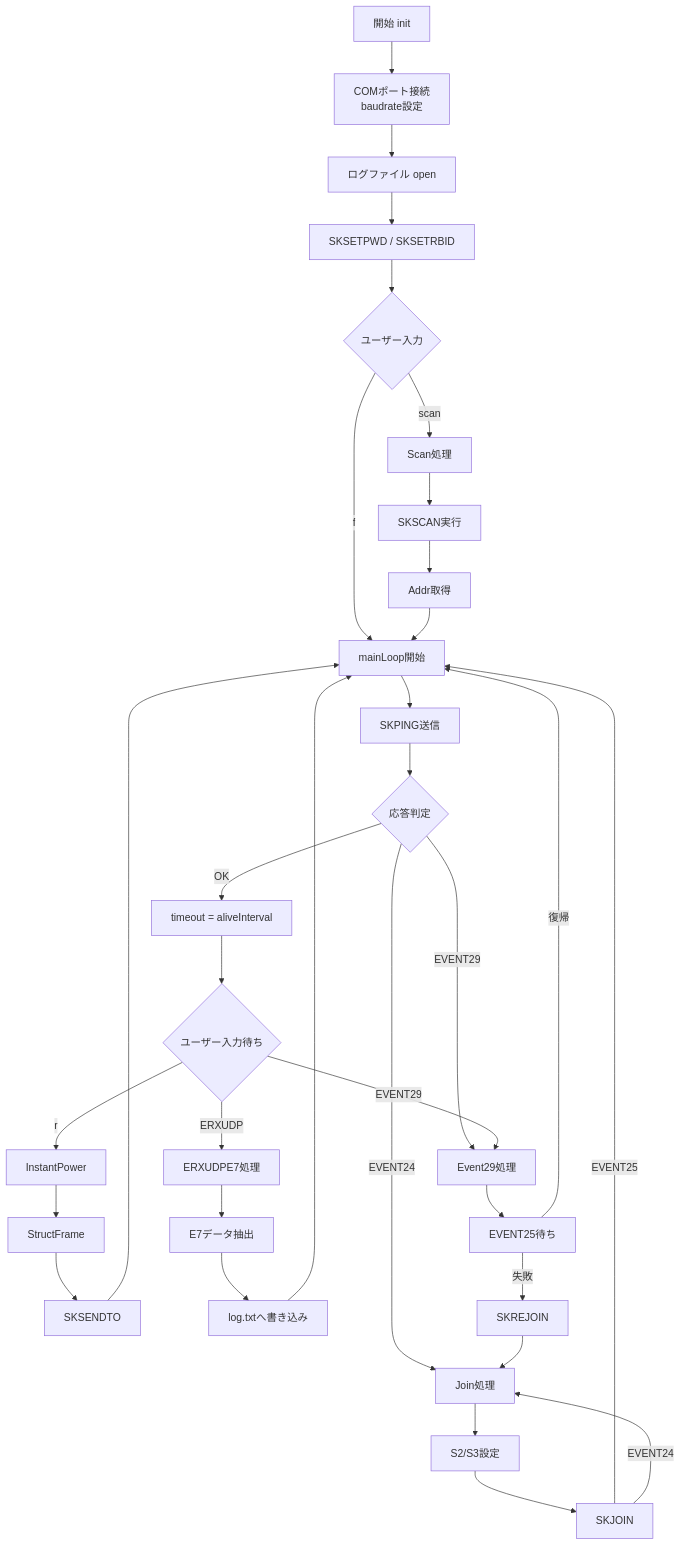
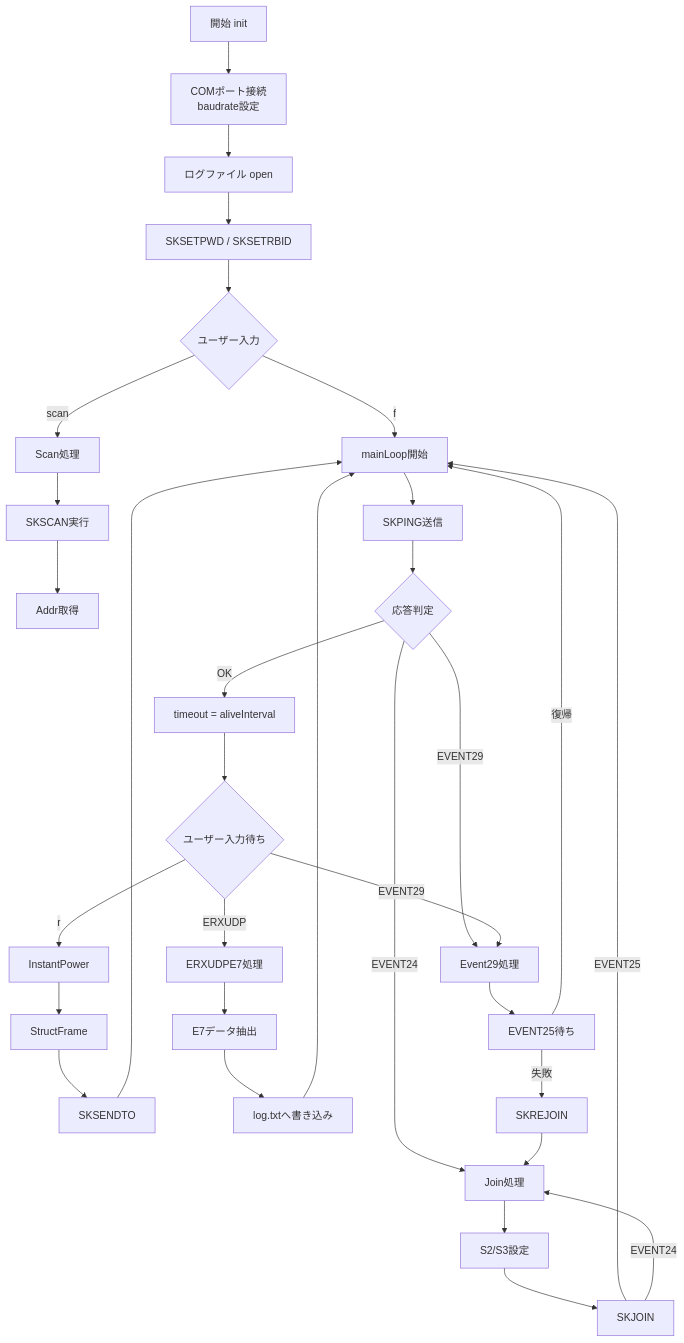
The diagram in tt/flowchart.md (shimabiding/broute), drawn with Mermaid before and after one commit. The commit also changed 1 other file, not shown here.

Commit message:
シーケンスの中でCallとすべき部分をGotoと書いていたので修正

````diff
--- a/tt/flowchart.md
+++ b/tt/flowchart.md
@@ -1,48 +1,48 @@
 ```mermaid
 flowchart TD
     A[開始 init] --> B[COMポート接続<br>baudrate設定]
     B --> C[ログファイル open]
     C --> D[SKSETPWD / SKSETRBID]
     D --> E{ユーザー入力}
     E -->|scan| F[Scan処理]
     E -->|f| G[mainLoop開始]
 
     %% Scan
     F --> F1[SKSCAN実行]
     F1 --> F2[Addr取得]
-    F2 --> G
+
 
     %% main loop
     G --> H[SKPING送信]
     H --> I{応答判定}
     I -->|OK| J[timeout = aliveInterval]
     I -->|EVENT24| K[Join処理]
     I -->|EVENT29| L[Event29処理]
 
     J --> M{ユーザー入力待ち}
     M -->|r| N[InstantPower]
     M -->|EVENT29| L
     M -->|ERXUDP| O[ERXUDPE7処理]
 
     %% Instant Power
     N --> P[StructFrame]
     P --> Q[SKSENDTO]
     Q --> G
 
     %% ERXUDP
     O --> O1[E7データ抽出]
     O1 --> O2[log.txtへ書き込み]
     O2 --> G
 
     %% Event29
     L --> L1[EVENT25待ち]
     L1 -->|復帰| G
     L1 -->|失敗| L2[SKREJOIN]
     L2 --> K
 
     %% Join
     K --> K1[S2/S3設定]
     K1 --> K2[SKJOIN]
     K2 -->|EVENT25| G
     K2 -->|EVENT24| K
 ```
````
